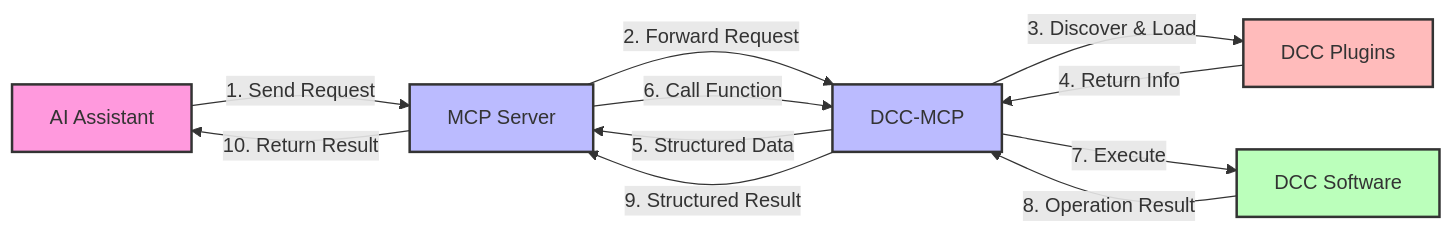
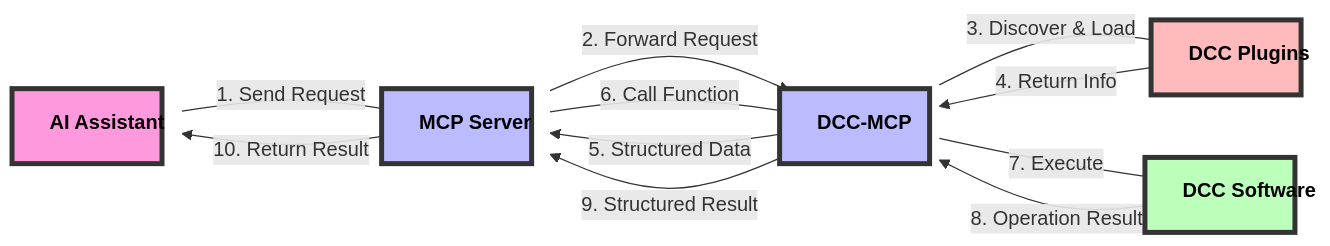
One commit to loonghao/dcc-mcp-core changed the diagram in README.md. Above: the diagram before and after it, drawn with Mermaid. The commit also changed 1 other file, not shown here.

Commit message:
fix: update Mermaid diagrams for better GitHub compatibility and visibility

````diff
--- a/README.md
+++ b/README.md
@@ -17,23 +17,27 @@
 ```mermaid
 graph LR
+    %% 增加图表宽度
+    classDef default width:120px,height:60px
+    
     AI[AI Assistant] -->|"1. Send Request"| MCP[MCP Server]
     MCP -->|"2. Forward Request"| DCCMCP[DCC-MCP]
     DCCMCP -->|"3. Discover & Load"| Plugins[DCC Plugins]
     Plugins -->|"4. Return Info"| DCCMCP
     DCCMCP -->|"5. Structured Data"| MCP
     MCP -->|"6. Call Function"| DCCMCP
     DCCMCP -->|"7. Execute"| DCC[DCC Software]
     DCC -->|"8. Operation Result"| DCCMCP
     DCCMCP -->|"9. Structured Result"| MCP
     MCP -->|"10. Return Result"| AI
 
-    classDef ai fill:#f9d,stroke:#333,stroke-width:2px;
-    classDef mcp fill:#bbf,stroke:#333,stroke-width:2px;
-    classDef dcc fill:#bfb,stroke:#333,stroke-width:2px;
-    classDef plugin fill:#fbb,stroke:#333,stroke-width:2px;
+    %% 使用更鲜明的颜色和更大的节点
+    classDef ai fill:#f9d,stroke:#333,stroke-width:4px,color:#000,font-weight:bold
+    classDef mcp fill:#bbf,stroke:#333,stroke-width:4px,color:#000,font-weight:bold
+    classDef dcc fill:#bfb,stroke:#333,stroke-width:4px,color:#000,font-weight:bold
+    classDef plugin fill:#fbb,stroke:#333,stroke-width:4px,color:#000,font-weight:bold
 
-    class AI ai;
-    class MCP,DCCMCP mcp;
-    class DCC dcc;
-    class Plugins plugin;
+    class AI ai
+    class MCP,DCCMCP mcp
+    class DCC dcc
+    class Plugins plugin
 ```
````
